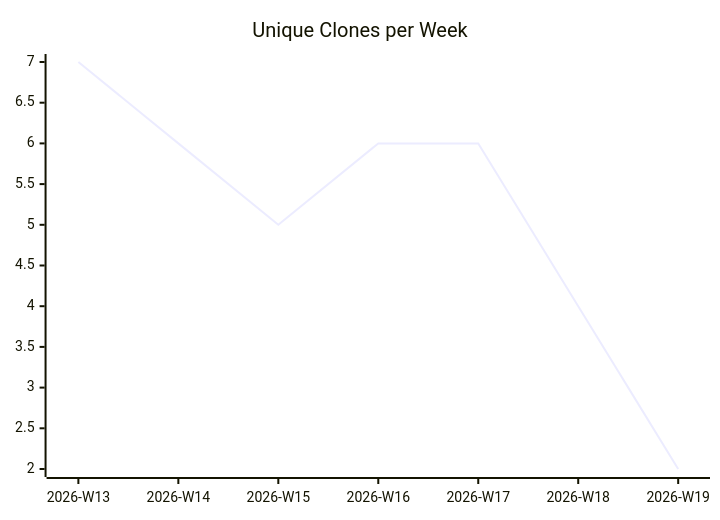
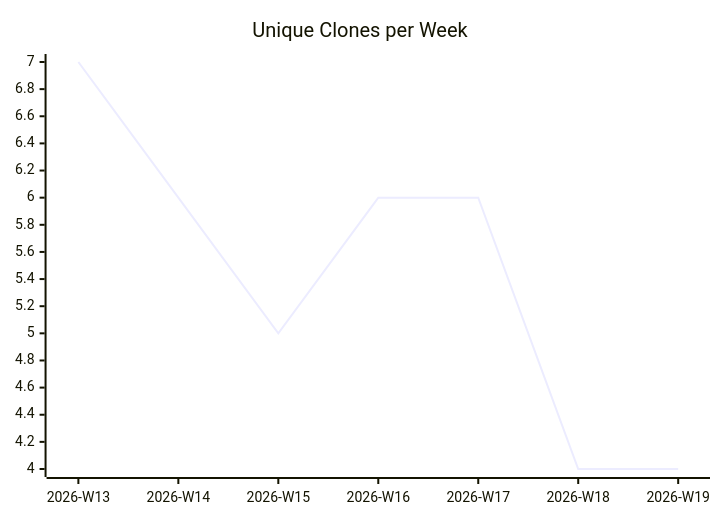
The third of 3 diagrams in karlmdavis/lego-ev3dev-rs/README.md (justdavis-family/github-analytics-data), drawn with Mermaid before and after one commit. The commit also changed other lines of this file and 177 other files, not shown here.

````diff
--- a/karlmdavis/lego-ev3dev-rs/README.md
+++ b/karlmdavis/lego-ev3dev-rs/README.md
@@ -19,6 +19,6 @@
 ```mermaid
 xychart-beta
   title "Unique Clones per Week"
   x-axis ["2026-W13", "2026-W14", "2026-W15", "2026-W16", "2026-W17", "2026-W18", "2026-W19"]
-  line [7, 6, 5, 6, 6, 4, 2]
+  line [7, 6, 5, 6, 6, 4, 4]
 ```
````
